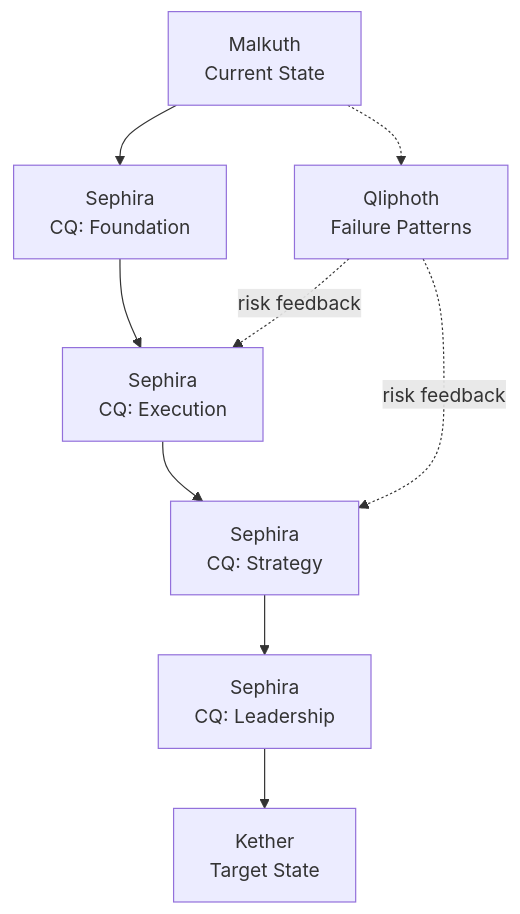
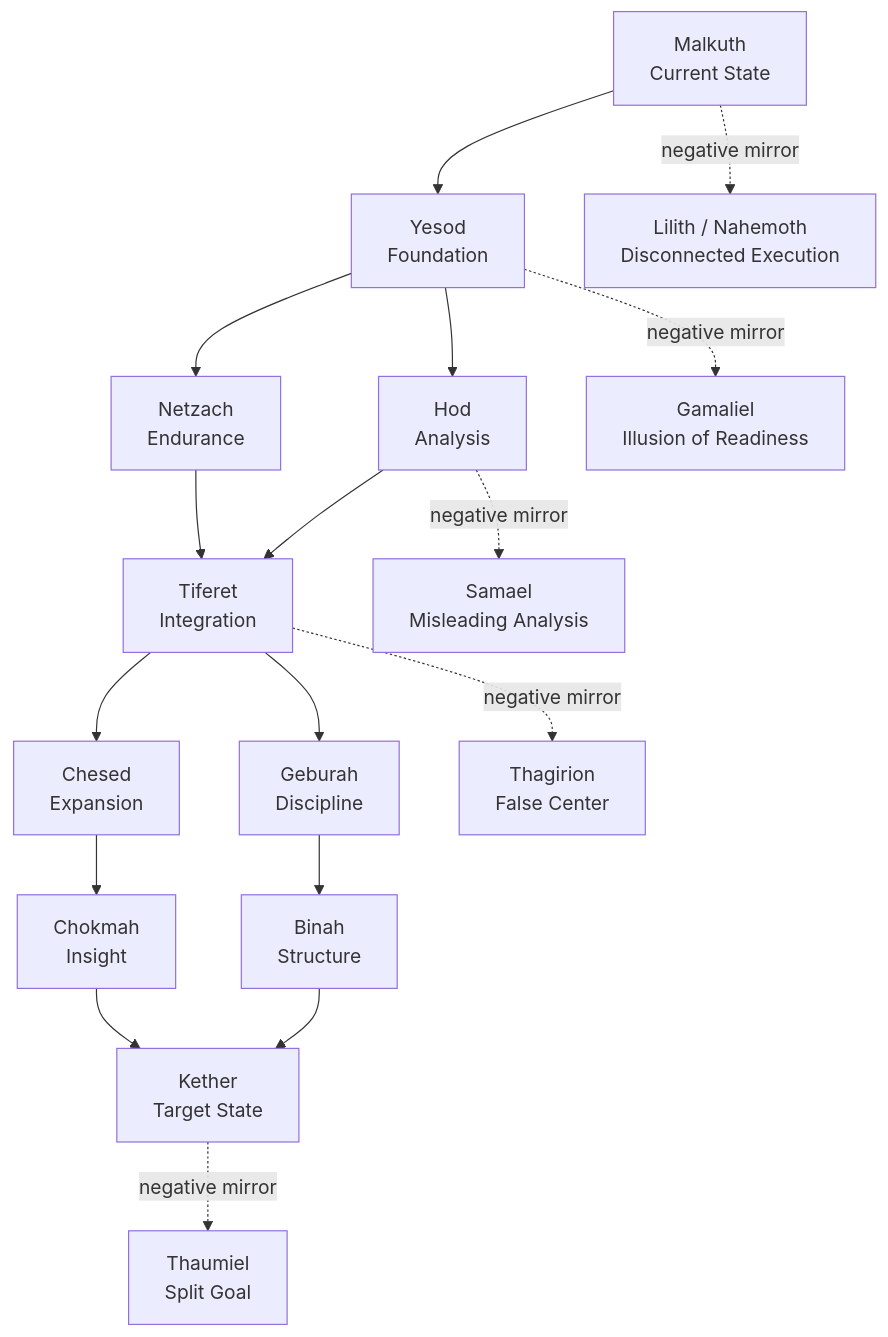
The diagram in readme.md (thuygom/Sephirot), drawn with Mermaid before and after one commit. The commit also changed other lines of this file, not shown here.

````diff
--- a/readme.md
+++ b/readme.md
@@ -47,12 +223,20 @@
 ```mermaid
 flowchart TB
-    M[Malkuth<br/>Current State] --> S1[Sephira<br/>CQ: Foundation]
-    S1 --> S2[Sephira<br/>CQ: Execution]
-    S2 --> S3[Sephira<br/>CQ: Strategy]
-    S3 --> S4[Sephira<br/>CQ: Leadership]
-    S4 --> K[Kether<br/>Target State]
+    M[Malkuth<br/>Current State] --> Y[Yesod<br/>Foundation]
+    Y --> H[Hod<br/>Analysis]
+    Y --> N[Netzach<br/>Endurance]
+    H --> T[Tiferet<br/>Integration]
+    N --> T
+    T --> G[Geburah<br/>Discipline]
+    T --> C[Chesed<br/>Expansion]
+    G --> B[Binah<br/>Structure]
+    C --> Ch[Chokmah<br/>Insight]
+    B --> K[Kether<br/>Target State]
+    Ch --> K
 
-    M -.-> Q[Qliphoth<br/>Failure Patterns]
-    Q -. risk feedback .-> S2
-    Q -. risk feedback .-> S3
+    M -. negative mirror .-> L[Lilith / Nahemoth<br/>Disconnected Execution]
+    Y -. negative mirror .-> Ga[Gamaliel<br/>Illusion of Readiness]
+    H -. negative mirror .-> Sa[Samael<br/>Misleading Analysis]
+    T -. negative mirror .-> Th[Thagirion<br/>False Center]
+    K -. negative mirror .-> Ta[Thaumiel<br/>Split Goal]
 ```
````
